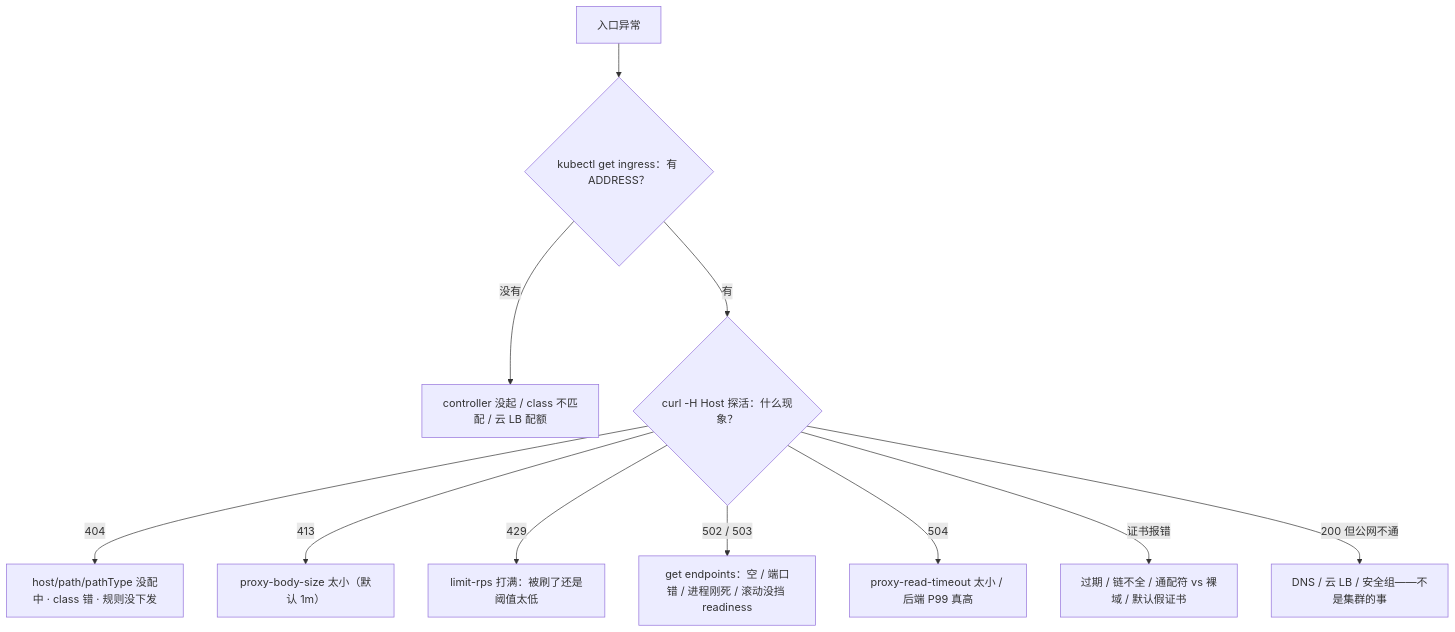
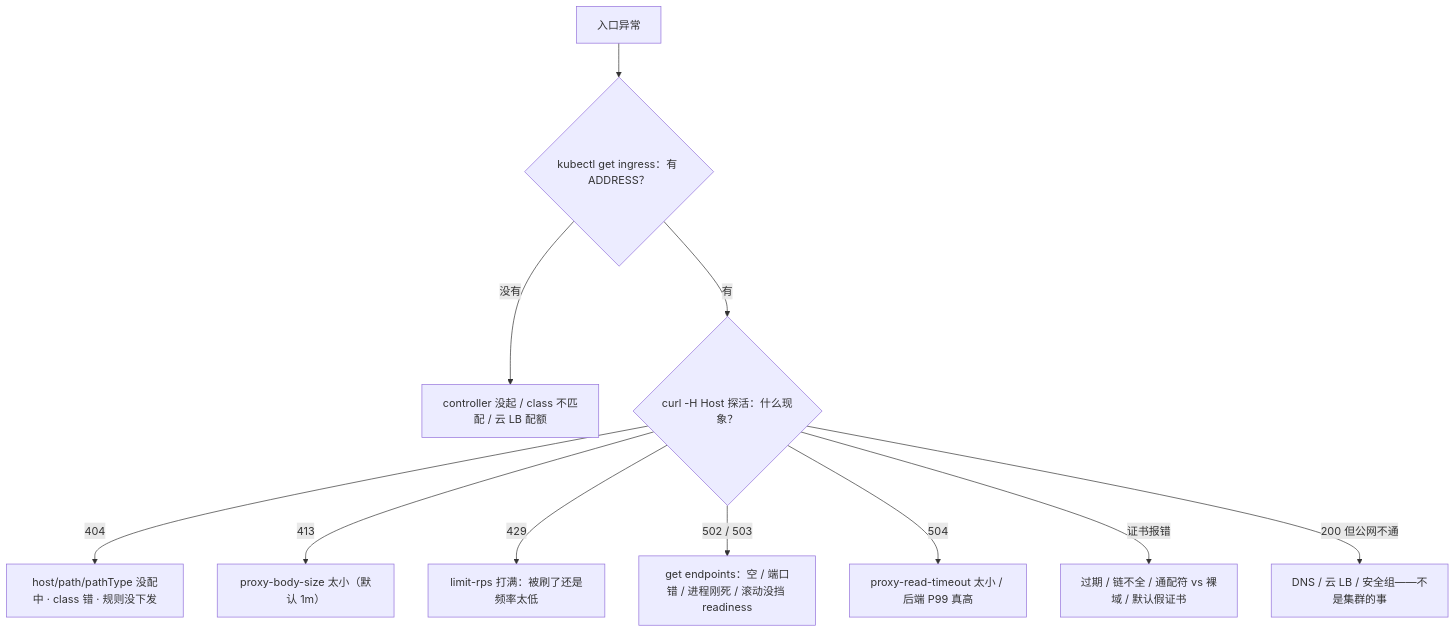
One commit to ml-cuizijun/LearnToLilith changed the fifth of 5 diagrams in 03-Kubernetes/15-Ingress与流量管理/知识点.md. Above: the diagram before and after it, drawn with Mermaid. The commit also changed other lines of this file and 178 other files, not shown here.

````diff
--- a/03-Kubernetes/15-Ingress与流量管理/知识点.md
+++ b/03-Kubernetes/15-Ingress与流量管理/知识点.md
@@ -516,13 +536,13 @@
 ```mermaid
 flowchart TB
     A["入口异常"] --> B{"kubectl get ingress：有 ADDRESS？"}
     B -->|没有| C["controller 没起 / class 不匹配 / 云 LB 配额"]
     B -->|有| D{"curl -H Host 探活：什么现象？"}
     D -->|404| E["host/path/pathType 没配中 · class 错 · 规则没下发"]
     D -->|413| F["proxy-body-size 太小（默认 1m）"]
-    D -->|429| G["limit-rps 打满：被刷了还是阈值太低"]
+    D -->|429| G["limit-rps 打满：被刷了还是频率太低"]
     D -->|502 / 503| H["get endpoints：空 / 端口错 / 进程刚死 / 滚动没挡 readiness"]
     D -->|504| I["proxy-read-timeout 太小 / 后端 P99 真高"]
     D -->|证书报错| J["过期 / 链不全 / 通配符 vs 裸域 / 默认假证书"]
     D -->|200 但公网不通| K["DNS / 云 LB / 安全组——不是集群的事"]
 ```
````
